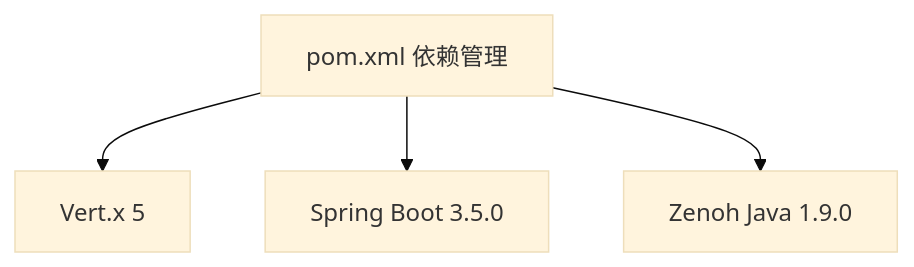
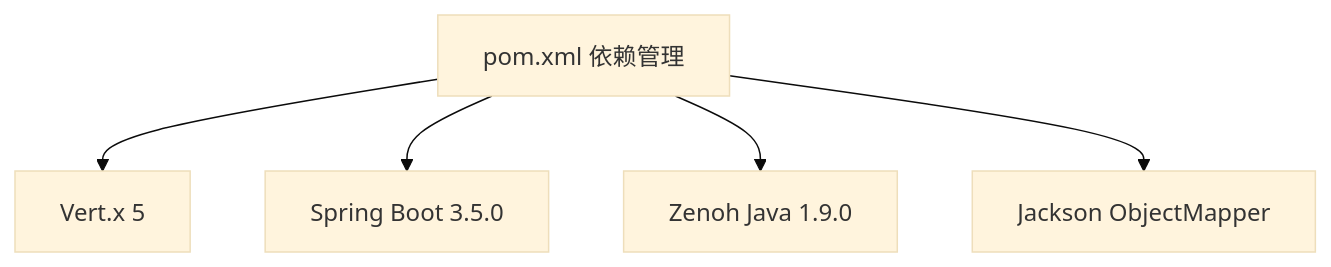
One commit to ossworker/vertx-starter changed the eighth of 8 diagrams in .qoder/repowiki/zh/content/集群管理模块/集群管理器实现.md. Above: the diagram before and after it, drawn with Mermaid (base theme). The commit also changed other lines of this file and 7 other files, not shown here.

````diff
--- a/.qoder/repowiki/zh/content/集群管理模块/集群管理器实现.md
+++ b/.qoder/repowiki/zh/content/集群管理模块/集群管理器实现.md
@@ -314,10 +455,12 @@
 ```mermaid
 graph TB
 POM["pom.xml 依赖管理"]
 VERTX["Vert.x 5"]
 SB["Spring Boot 3.5.0"]
 ZJ["Zenoh Java 1.9.0"]
+JACKSON["Jackson ObjectMapper"]
 POM --> VERTX
 POM --> SB
 POM --> ZJ
+POM --> JACKSON
 ```
````
